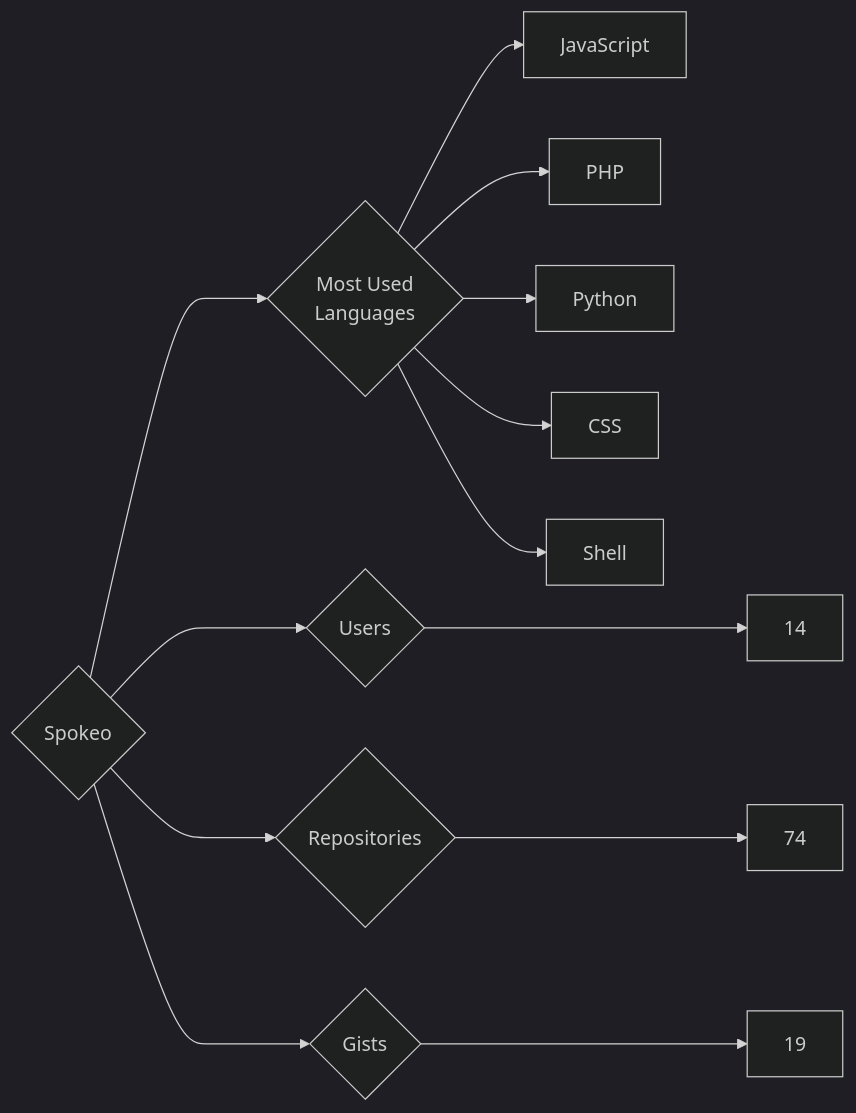
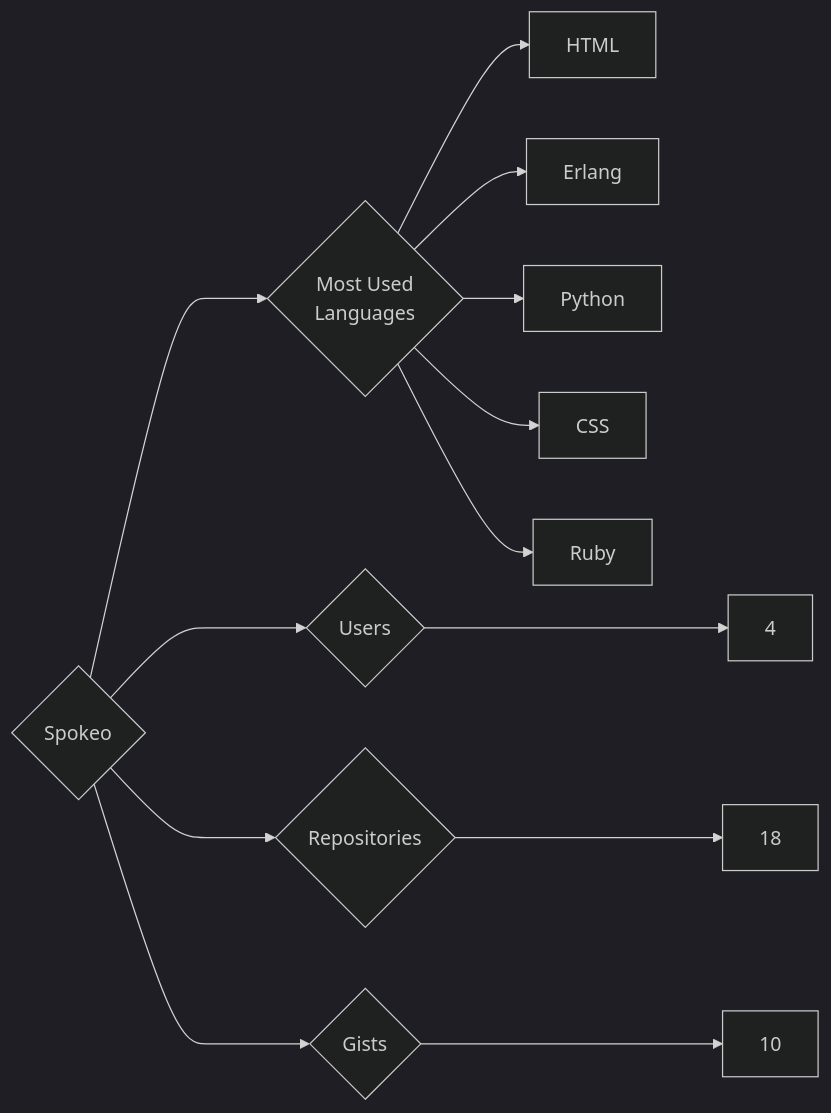
One commit to trickest/insiders changed the diagram in targets/Spokeo/README.md. Above: the diagram before and after it, drawn with Mermaid (dark theme). The commit also changed 787 other files, not shown here.

````diff
--- a/targets/Spokeo/README.md
+++ b/targets/Spokeo/README.md
@@ -3,13 +3,13 @@
 ```mermaid
 graph LR
 COMPANY_NAME{Spokeo}
-COMPANY_NAME ---> U{Users} ---> UN[14]
-COMPANY_NAME ---> R{Repositories} ---> RN[74]
-COMPANY_NAME ---> G{Gists} ---> GN[19]
+COMPANY_NAME ---> U{Users} ---> UN[4]
+COMPANY_NAME ---> R{Repositories} ---> RN[18]
+COMPANY_NAME ---> G{Gists} ---> GN[10]
 COMPANY_NAME ---> ML{Most Used<br>Languages}
-ML --> JavaScript[JavaScript]
-ML --> PHP[PHP]
+ML --> HTML[HTML]
+ML --> Erlang[Erlang]
 ML --> Python[Python]
 ML --> CSS[CSS]
-ML --> Shell[Shell]
+ML --> Ruby[Ruby]
 ```
````
